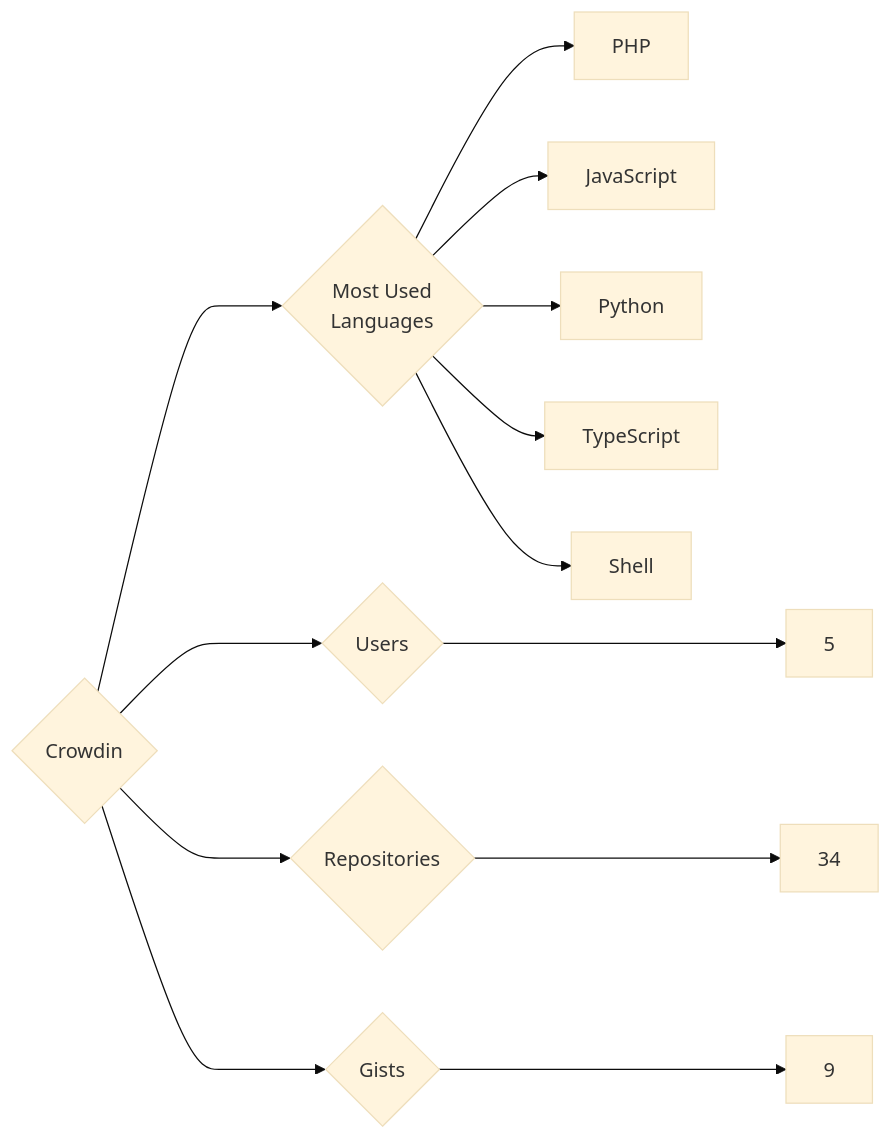
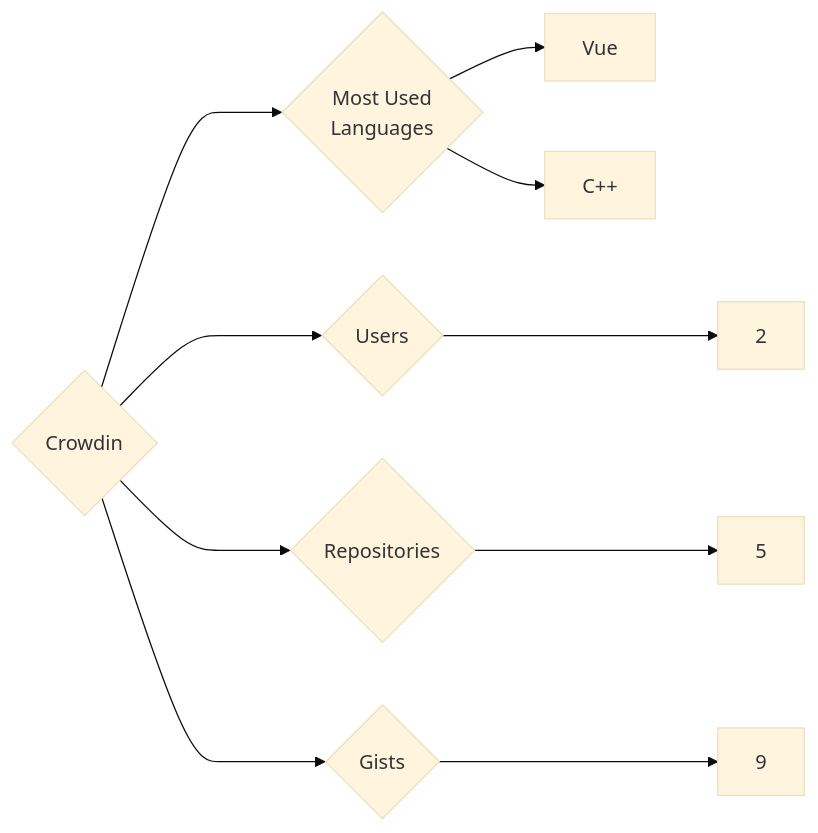
The diagram in targets/Crowdin/README.md (trickest/insiders), drawn with Mermaid (base theme) before and after one commit. The commit also changed 916 other files, not shown here.

````diff
--- a/targets/Crowdin/README.md
+++ b/targets/Crowdin/README.md
@@ -3,13 +3,10 @@
 ```mermaid
 graph LR
 COMPANY_NAME{Crowdin}
-COMPANY_NAME ---> U{Users} ---> UN[5]
-COMPANY_NAME ---> R{Repositories} ---> RN[34]
+COMPANY_NAME ---> U{Users} ---> UN[2]
+COMPANY_NAME ---> R{Repositories} ---> RN[5]
 COMPANY_NAME ---> G{Gists} ---> GN[9]
 COMPANY_NAME ---> ML{Most Used<br>Languages}
-ML --> PHP[PHP]
-ML --> JavaScript[JavaScript]
-ML --> Python[Python]
-ML --> TypeScript[TypeScript]
-ML --> Shell[Shell]
+ML --> Vue[Vue]
+ML --> C++[C++]
 ```
````
